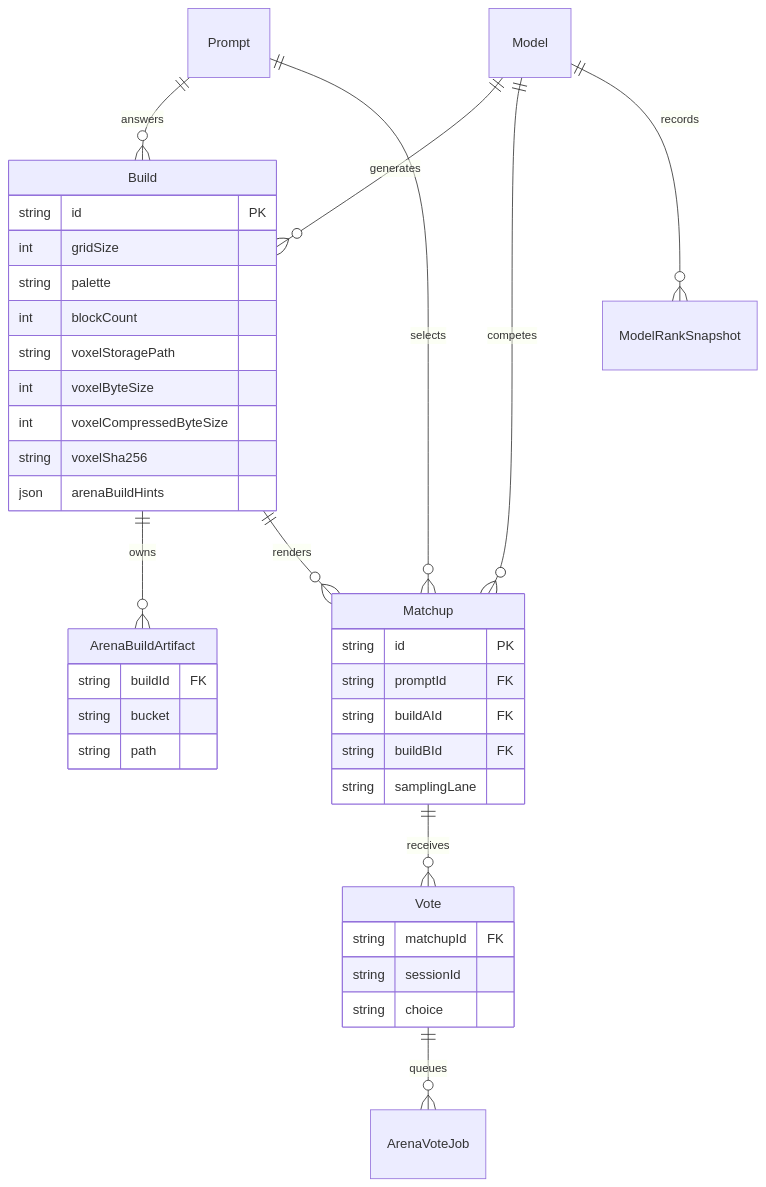
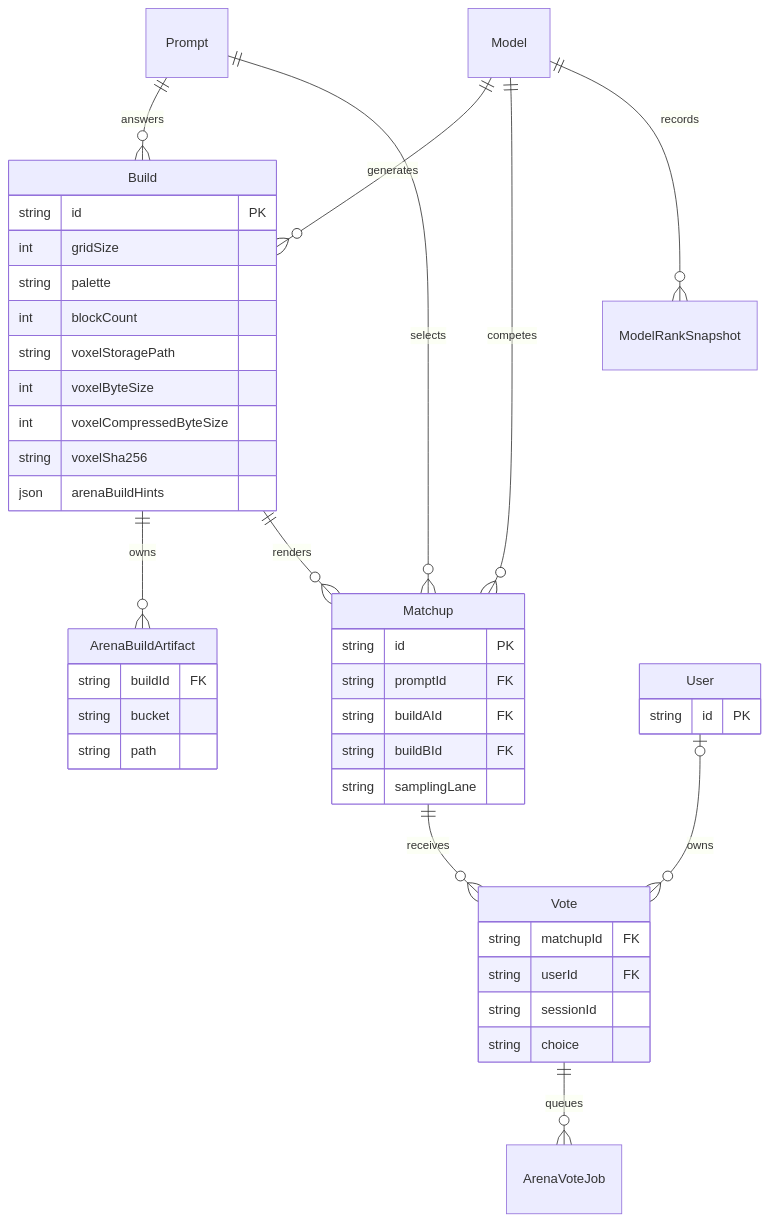
Before and after one commit to Ammaar-Alam/minebench: the fourth of 4 diagrams in docs/architecture.md, drawn with Mermaid. The commit also changed other lines of this file and 1 other file, not shown here.

Commit message:
docs(architecture): document personal rankings

````diff
--- a/docs/architecture.md
+++ b/docs/architecture.md
@@ -116,41 +116,46 @@
 ```mermaid
 erDiagram
     Model ||--o{ Build : generates
     Prompt ||--o{ Build : answers
     Build ||--o{ ArenaBuildArtifact : owns
     Prompt ||--o{ Matchup : selects
     Model ||--o{ Matchup : competes
     Build ||--o{ Matchup : renders
     Matchup ||--o{ Vote : receives
+    User o|--o{ Vote : owns
     Vote ||--o{ ArenaVoteJob : queues
     Model ||--o{ ModelRankSnapshot : records
 
     Build {
         string id PK
         int gridSize
         string palette
         int blockCount
         string voxelStoragePath
         int voxelByteSize
         int voxelCompressedByteSize
         string voxelSha256
         json arenaBuildHints
     }
     ArenaBuildArtifact {
         string buildId FK
         string bucket
         string path
     }
     Matchup {
         string id PK
         string promptId FK
         string buildAId FK
         string buildBId FK
         string samplingLane
     }
+    User {
+        string id PK
+    }
     Vote {
         string matchupId FK
+        string userId FK
         string sessionId
         string choice
     }
 ```
````
